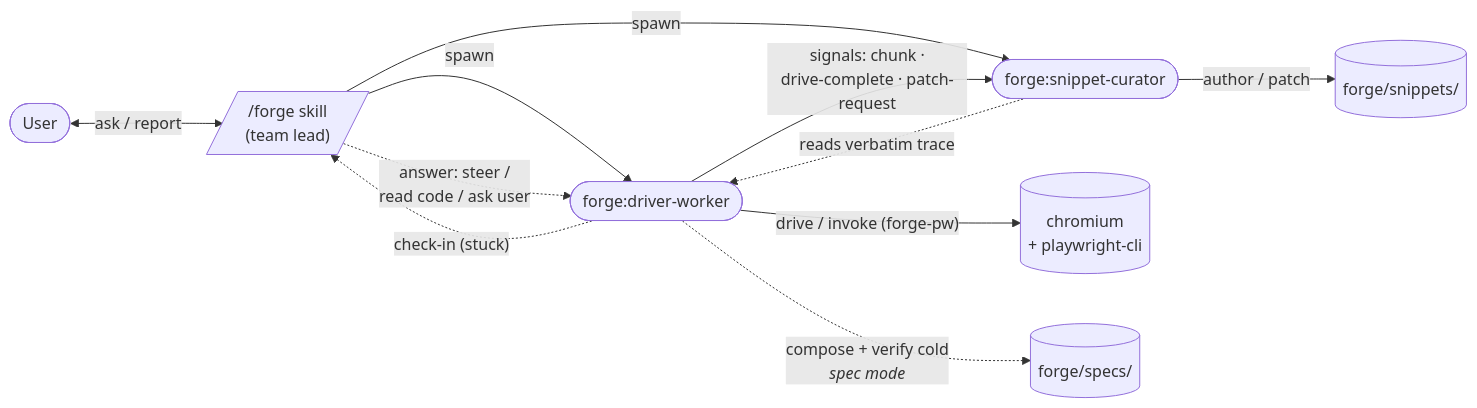
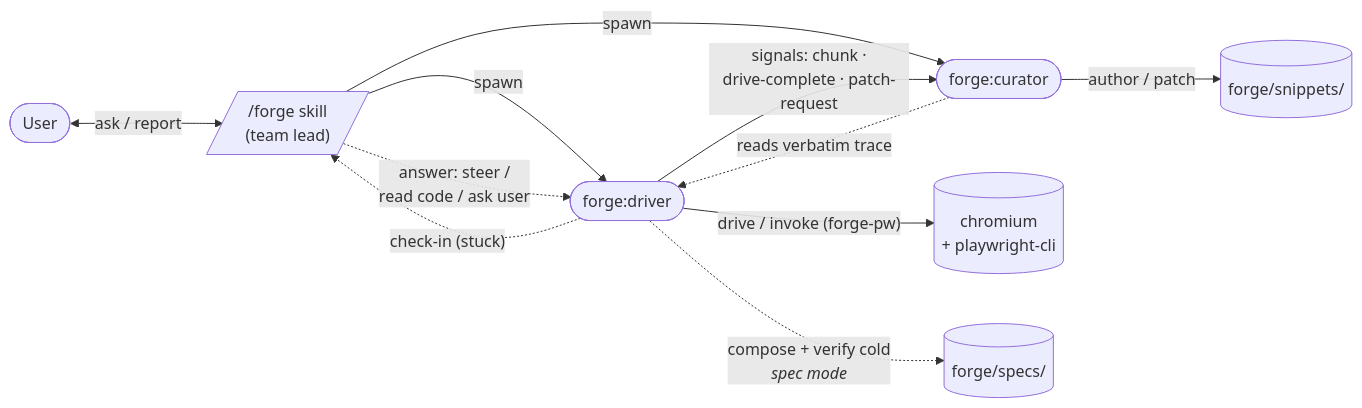
Before and after one commit to vivecuervo7/forge: the diagram in README.md, drawn with Mermaid. The commit also changed other lines of this file and 32 other files, not shown here.

First line of the commit message:
forge: bump to 0.39.0 — rename agents to driver + curator; hint files 1:1 with actors

````diff
--- a/README.md
+++ b/README.md
@@ -140,22 +140,22 @@
 ```mermaid
 flowchart LR
     User([User])
     Lead[/"/forge skill<br/>(team lead)"/]
-    Driver(["forge:driver-worker"])
-    Curator(["forge:snippet-curator"])
+    Driver(["forge:driver"])
+    Curator(["forge:curator"])
     Chrome[("chromium<br/>+ playwright-cli")]
     Snippets[("forge/snippets/")]
     Specs[("forge/specs/")]
 
     User <-->|"ask / report"| Lead
     Lead -->|spawn| Driver
     Lead -->|spawn| Curator
     Driver -.->|"check-in (stuck)"| Lead
     Lead -.->|"answer: steer /<br/>read code / ask user"| Driver
 
     Driver -->|"signals: chunk ·<br/>drive-complete · patch-request"| Curator
     Curator -.->|"reads verbatim trace"| Driver
     Driver -->|"drive / invoke (forge-pw)"| Chrome
     Curator -->|"author / patch"| Snippets
     Driver -.->|"compose + verify cold<br/><i>spec mode</i>"| Specs
 ```
````
